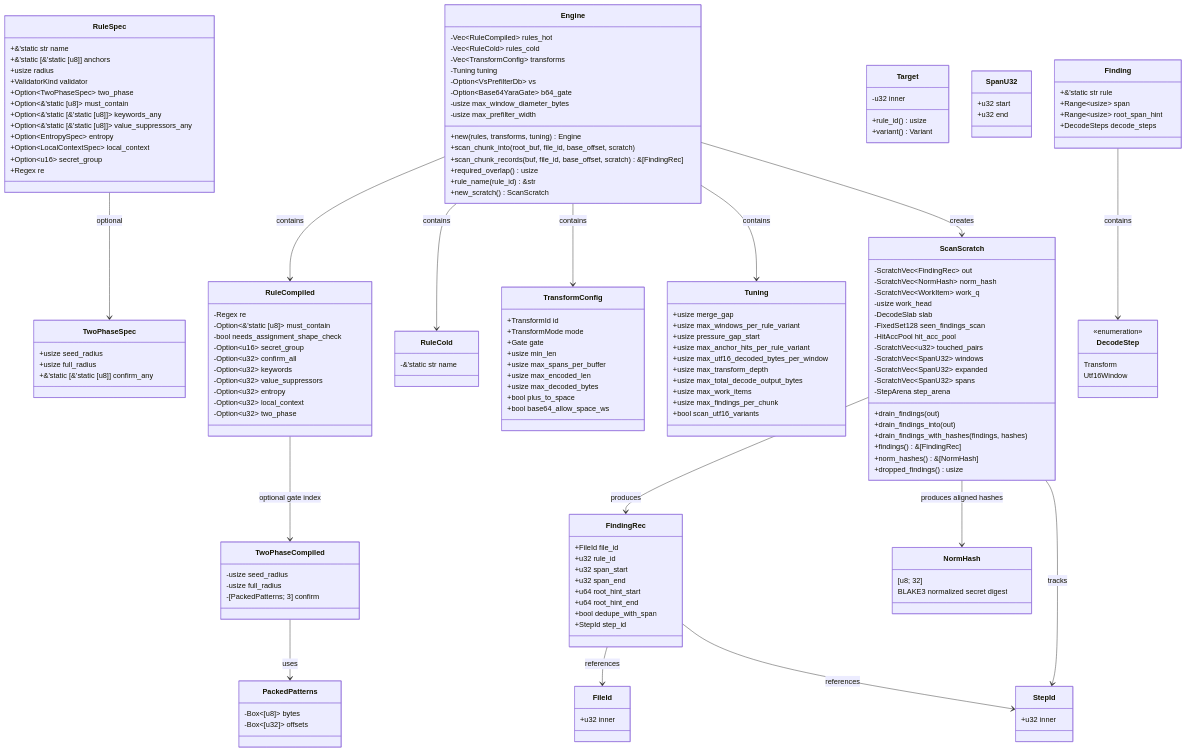
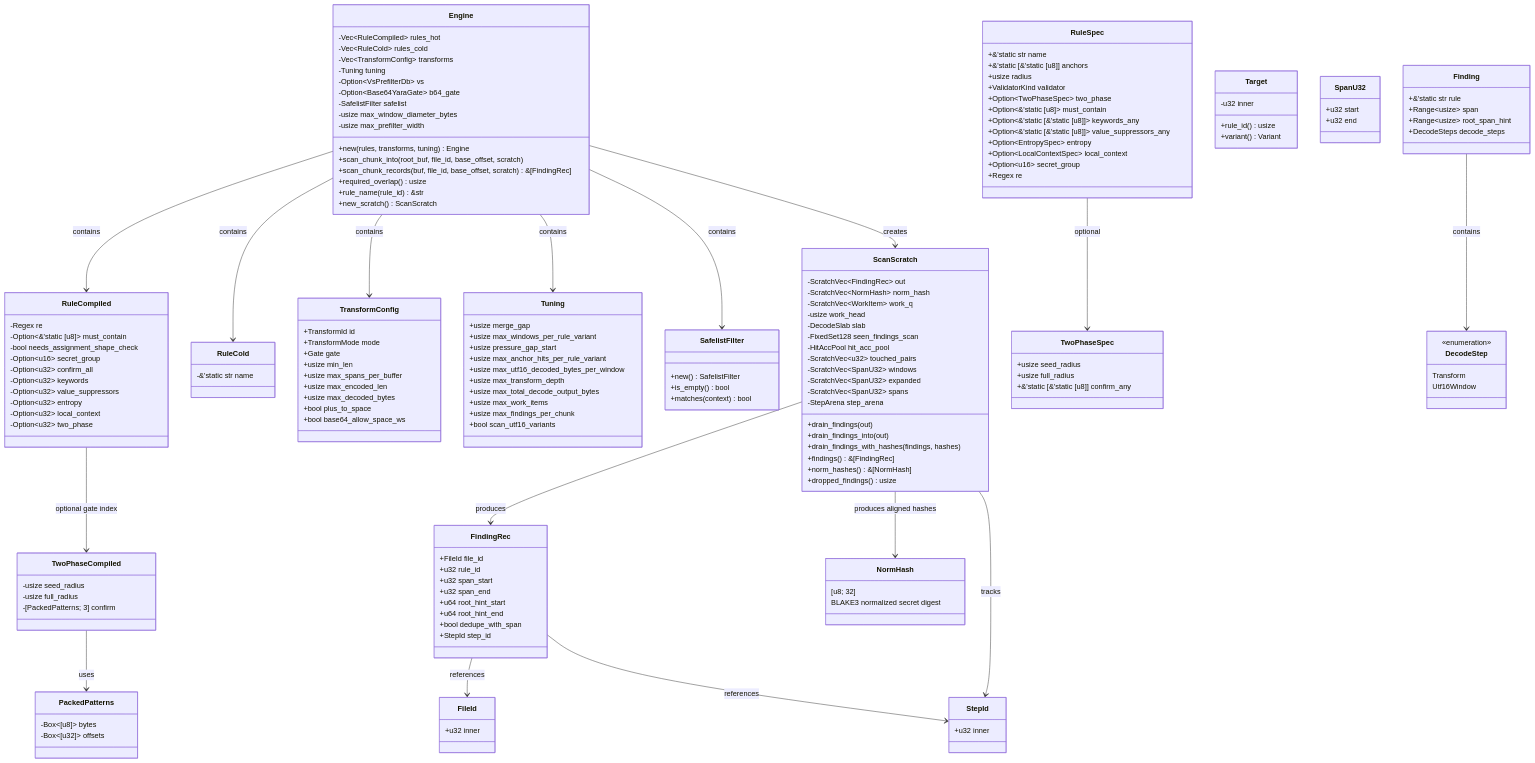
Before and after one commit to ahrav/scratch-scanner-rs: the first of 6 diagrams in docs/data-types.md, drawn with Mermaid. The commit also changed other lines of this file and 5 other files, not shown here.

```diff
--- a/docs/data-types.md
+++ b/docs/data-types.md
@@ -18,6 +18,7 @@
         -Tuning tuning
         -Option~VsPrefilterDb~ vs
         -Option~Base64YaraGate~ b64_gate
+        -SafelistFilter safelist
         -usize max_window_diameter_bytes
         -usize max_prefilter_width
         +new(rules, transforms, tuning) Engine
@@ -69,6 +70,12 @@
     class PackedPatterns {
         -Box~[u8]~ bytes
         -Box~[u32]~ offsets
+    }
+
+    class SafelistFilter {
+        +new() SafelistFilter
+        +is_empty() bool
+        +matches(context) bool
     }
 
     class Target {
@@ -175,6 +182,7 @@
     Engine --> RuleCold : contains
     Engine --> TransformConfig : contains
     Engine --> Tuning : contains
+    Engine --> SafelistFilter : contains
     Engine --> ScanScratch : creates
 
     RuleSpec --> TwoPhaseSpec : optional
```
